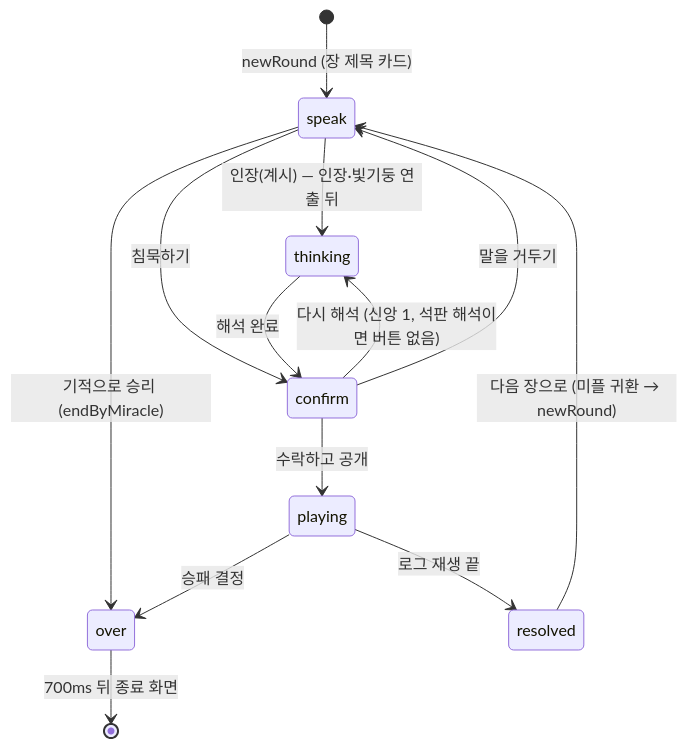
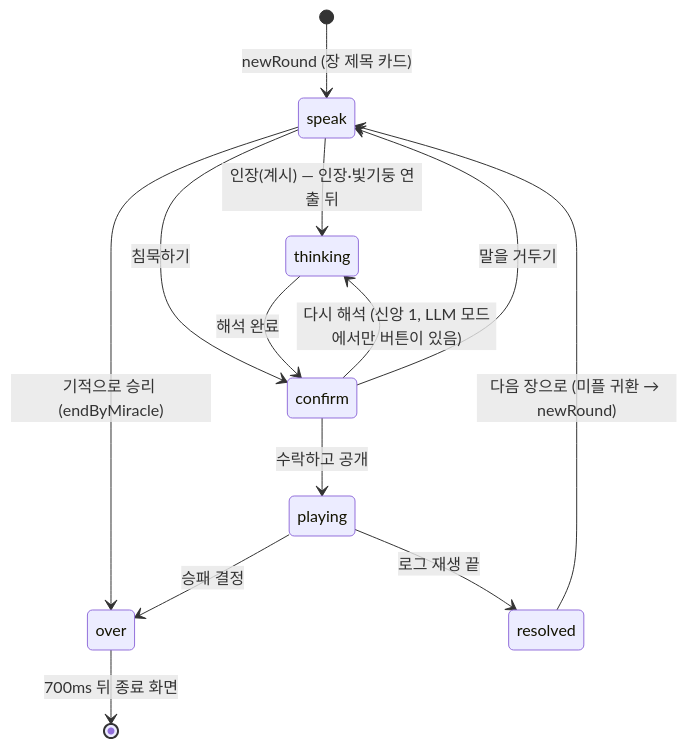
The first of 2 diagrams in docs/spec/06-ui-ux.md (wisebear-KOR/GSG_Project), drawn with Mermaid before and after one commit. The commit also changed other lines of this file and 11 other files, not shown here.

````diff
--- a/docs/spec/06-ui-ux.md
+++ b/docs/spec/06-ui-ux.md
@@ -267,15 +267,15 @@
 ```mermaid
 stateDiagram-v2
   [*] --> speak: newRound (장 제목 카드)
   speak --> thinking: 인장(계시) — 인장·빛기둥 연출 뒤
   speak --> confirm: 침묵하기
   speak --> over: 기적으로 승리 (endByMiracle)
   thinking --> confirm: 해석 완료
-  confirm --> thinking: 다시 해석 (신앙 1, 석판 해석이면 버튼 없음)
+  confirm --> thinking: 다시 해석 (신앙 1, LLM 모드에서만 버튼이 있음)
   confirm --> speak: 말을 거두기
   confirm --> playing: 수락하고 공개
   playing --> resolved: 로그 재생 끝
   playing --> over: 승패 결정
   resolved --> speak: 다음 장으로 (미플 귀환 → newRound)
   over --> [*]: 700ms 뒤 종료 화면
 ```
````
